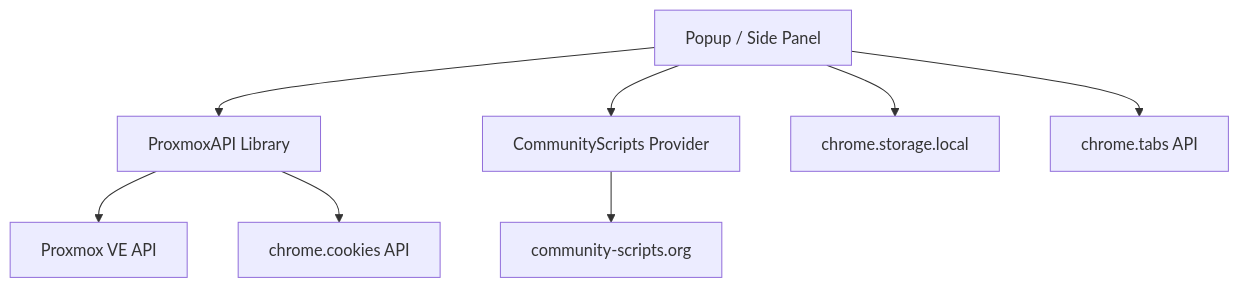
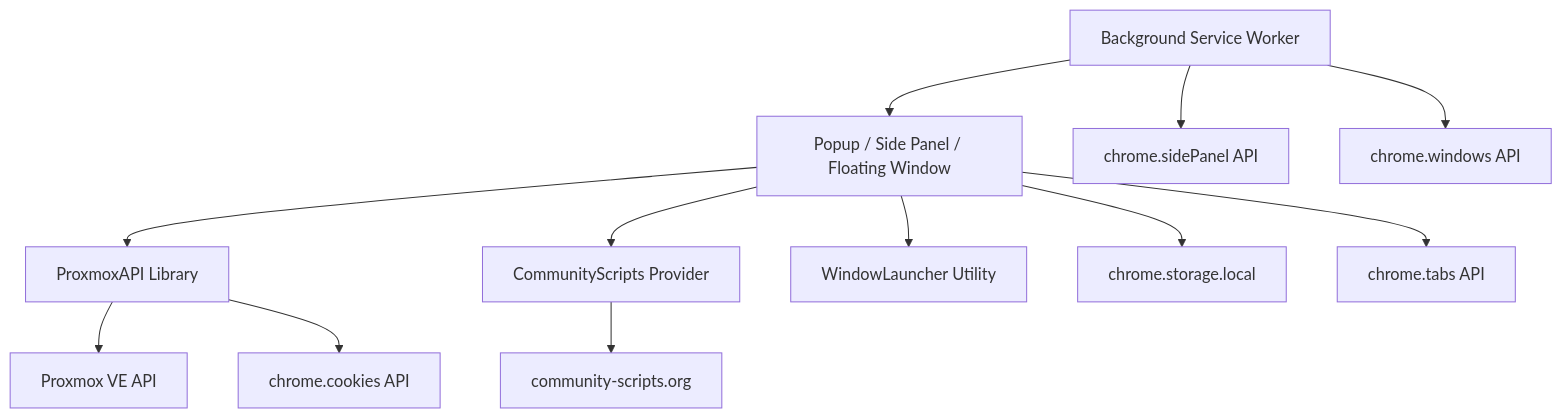
The diagram in docs/architecture.md (d0dg3r/PROXMUX-Manager), drawn with Mermaid before and after one commit. The commit also changed other lines of this file and 12 other files, not shown here.

````diff
--- a/docs/architecture.md
+++ b/docs/architecture.md
@@ -10,10 +10,14 @@
 ```mermaid
 graph TD
-    UI[Popup / Side Panel] --> API[ProxmoxAPI Library]
+    UI[Popup / Side Panel / Floating Window] --> API[ProxmoxAPI Library]
     UI --> CS[CommunityScripts Provider]
+    UI --> WL[WindowLauncher Utility]
+    BG[Background Service Worker] --> UI
+    BG --> SidePanel[chrome.sidePanel API]
+    BG --> WinAPI[chrome.windows API]
     API --> PVE[Proxmox VE API]
     UI --> Storage[chrome.storage.local]
     API --> Cookies[chrome.cookies API]
     UI --> Tabs[chrome.tabs API]
     CS --> CSWebsite[community-scripts.org]
 ```
````
